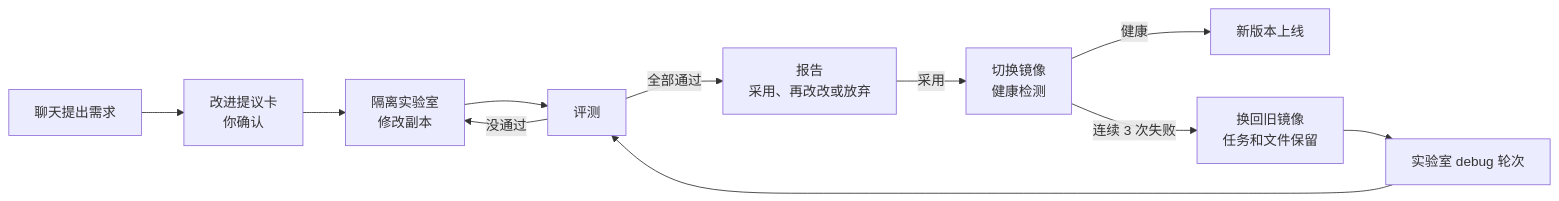
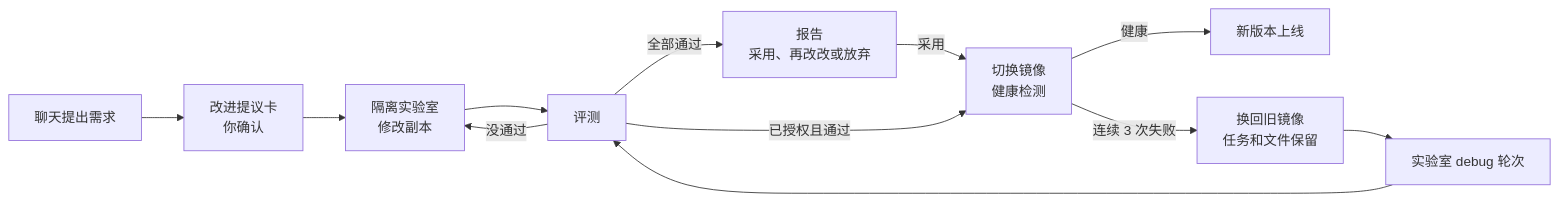
One commit to wudilyy999/owndesk changed the first of 3 diagrams in README.zh-CN.md. Above: the diagram before and after it, drawn with Mermaid. The commit also changed other lines of this file and 11 other files, not shown here.

````diff
--- a/README.zh-CN.md
+++ b/README.zh-CN.md
@@ -59,13 +59,14 @@
 ```mermaid
 flowchart LR
     A[聊天提出需求] --> B[改进提议卡<br/>你确认]
     B --> C[隔离实验室<br/>修改副本]
     C --> D[评测]
     D -->|没通过| C
     D -->|全部通过| E[报告<br/>采用、再改改或放弃]
     E -->|采用| F[切换镜像<br/>健康检测]
     F -->|健康| G[新版本上线]
     F -->|连续 3 次失败| H[换回旧镜像<br/>任务和文件保留]
     H --> I[实验室 debug 轮次]
     I --> D
+    D -->|已授权且通过| F
 ```
````
